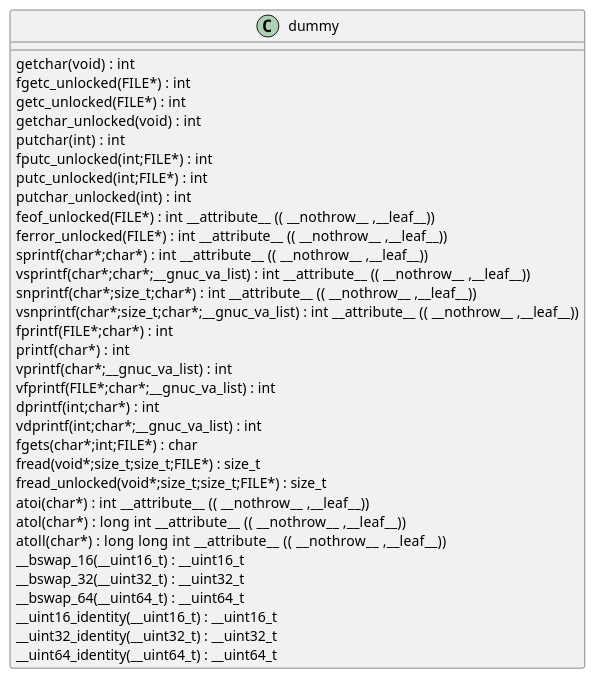
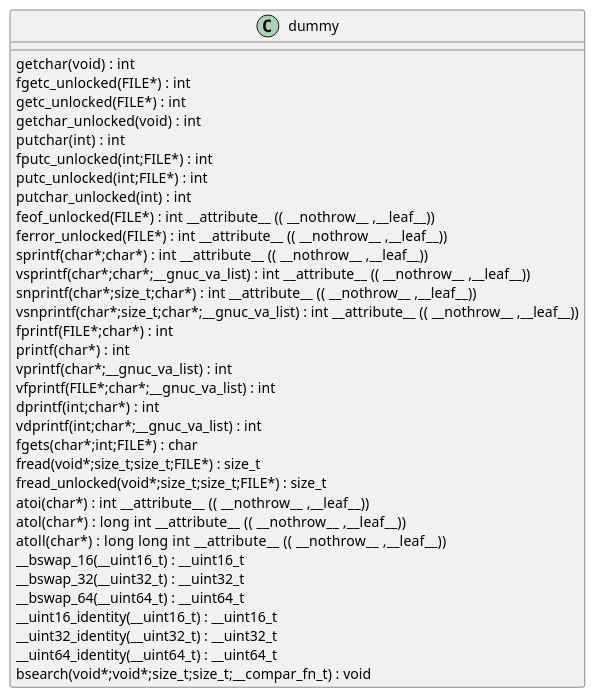
Before and after one commit to qualitesys/openssl: the diagram in docs/qc/crypto/asn1/a_dup.c.puml, drawn with PlantUML. The commit also changed 5123 other files, not shown here.

```diff
--- a/docs/qc/crypto/asn1/a_dup.c.puml
+++ b/docs/qc/crypto/asn1/a_dup.c.puml
@@ -1,37 +1,38 @@
 @startuml
 !pragma layout smetana
 class dummy {
 getchar(void) :  int  [[[./../../.././qc/crypto/asn1/a_dup.c.html#742]]]
 fgetc_unlocked(FILE*) :  int  [[[./../../.././qc/crypto/asn1/a_dup.c.html#751]]]
 getc_unlocked(FILE*) :  int  [[[./../../.././qc/crypto/asn1/a_dup.c.html#761]]]
 getchar_unlocked(void) :  int  [[[./../../.././qc/crypto/asn1/a_dup.c.html#768]]]
 putchar(int) :  int  [[[./../../.././qc/crypto/asn1/a_dup.c.html#777]]]
 fputc_unlocked(int;FILE*) :  int  [[[./../../.././qc/crypto/asn1/a_dup.c.html#786]]]
 putc_unlocked(int;FILE*) :  int  [[[./../../.././qc/crypto/asn1/a_dup.c.html#796]]]
 putchar_unlocked(int) :  int  [[[./../../.././qc/crypto/asn1/a_dup.c.html#803]]]
 feof_unlocked(FILE*) :  int  __attribute__ (( __nothrow__ ,__leaf__)) [[[./../../.././qc/crypto/asn1/a_dup.c.html#809]]]
 ferror_unlocked(FILE*) :  int  __attribute__ (( __nothrow__ ,__leaf__)) [[[./../../.././qc/crypto/asn1/a_dup.c.html#816]]]
 sprintf(char*;char*) :  int  __attribute__ (( __nothrow__ ,__leaf__)) [[[./../../.././qc/crypto/asn1/a_dup.c.html#835]]]
 vsprintf(char*;char*;__gnuc_va_list) :  int  __attribute__ (( __nothrow__ ,__leaf__)) [[[./../../.././qc/crypto/asn1/a_dup.c.html#848]]]
 snprintf(char*;size_t;char*) :  int  __attribute__ (( __nothrow__ ,__leaf__)) [[[./../../.././qc/crypto/asn1/a_dup.c.html#867]]]
 vsnprintf(char*;size_t;char*;__gnuc_va_list) :  int  __attribute__ (( __nothrow__ ,__leaf__)) [[[./../../.././qc/crypto/asn1/a_dup.c.html#881]]]
 fprintf(FILE*;char*) :  int  [[[./../../.././qc/crypto/asn1/a_dup.c.html#902]]]
 printf(char*) :  int  [[[./../../.././qc/crypto/asn1/a_dup.c.html#909]]]
 vprintf(char*;__gnuc_va_list) :  int  [[[./../../.././qc/crypto/asn1/a_dup.c.html#921]]]
 vfprintf(FILE*;char*;__gnuc_va_list) :  int  [[[./../../.././qc/crypto/asn1/a_dup.c.html#931]]]
 dprintf(int;char*) :  int  [[[./../../.././qc/crypto/asn1/a_dup.c.html#946]]]
 vdprintf(int;char*;__gnuc_va_list) :  int  [[[./../../.././qc/crypto/asn1/a_dup.c.html#957]]]
 fgets(char*;int;FILE*) :  char  [[[./../../.././qc/crypto/asn1/a_dup.c.html#976]]]
 fread(void*;size_t;size_t;FILE*) : size_t [[[./../../.././qc/crypto/asn1/a_dup.c.html#1002]]]
 fread_unlocked(void*;size_t;size_t;FILE*) : size_t [[[./../../.././qc/crypto/asn1/a_dup.c.html#1029]]]
 atoi(char*) :  int  __attribute__ (( __nothrow__ ,__leaf__)) [[[./../../.././qc/crypto/asn1/a_dup.c.html#1197]]]
 atol(char*) :  long  int  __attribute__ (( __nothrow__ ,__leaf__)) [[[./../../.././qc/crypto/asn1/a_dup.c.html#1202]]]
 atoll(char*) :  long  long  int  __attribute__ (( __nothrow__ ,__leaf__)) [[[./../../.././qc/crypto/asn1/a_dup.c.html#1209]]]
 __bswap_16(__uint16_t) : __uint16_t [[[./../../.././qc/crypto/asn1/a_dup.c.html#1362]]]
 __bswap_32(__uint32_t) : __uint32_t [[[./../../.././qc/crypto/asn1/a_dup.c.html#1377]]]
 __bswap_64(__uint64_t) : __uint64_t [[[./../../.././qc/crypto/asn1/a_dup.c.html#1387]]]
 __uint16_identity(__uint16_t) : __uint16_t [[[./../../.././qc/crypto/asn1/a_dup.c.html#1399]]]
 __uint32_identity(__uint32_t) : __uint32_t [[[./../../.././qc/crypto/asn1/a_dup.c.html#1405]]]
 __uint64_identity(__uint64_t) : __uint64_t [[[./../../.././qc/crypto/asn1/a_dup.c.html#1411]]]
+bsearch(void*;void*;size_t;size_t;__compar_fn_t) :  void  [[[./../../.././qc/crypto/asn1/a_dup.c.html#2079]]]
 } 
 @enduml
```
